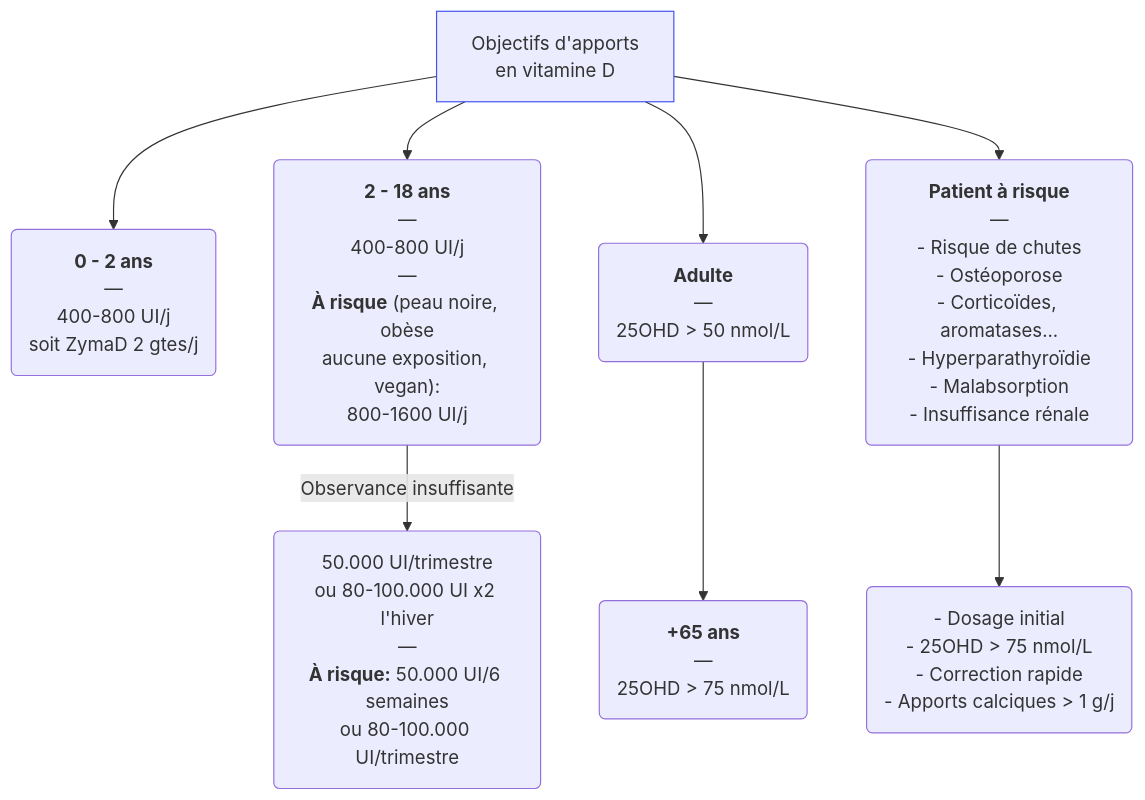
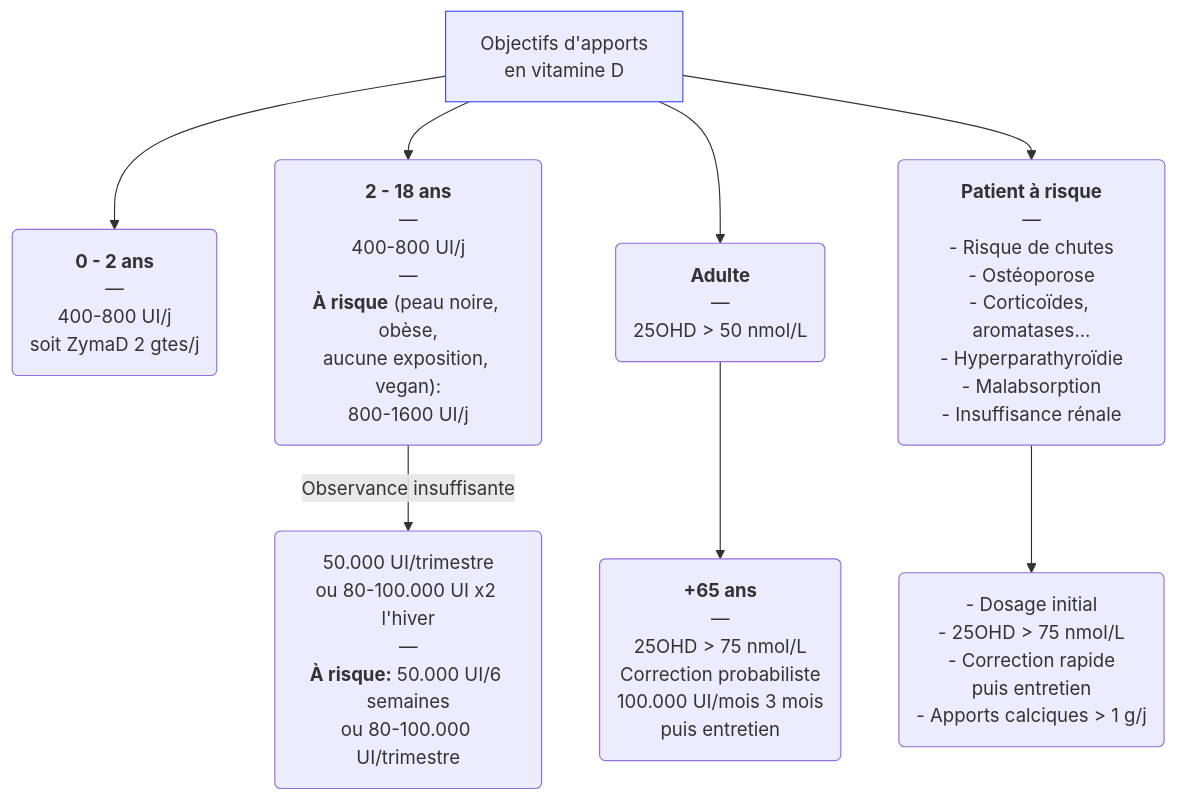
Before and after one commit to djibe/recommandations-medicales: the diagram in content/recommandations/vitamine-d.md, drawn with Mermaid. The commit also changed other lines of this file and 20 other files, not shown here.

```diff
--- a/content/recommandations/vitamine-d.md
+++ b/content/recommandations/vitamine-d.md
@@ -275,10 +273,10 @@
 {{< mermaid title="Cibles d'apports en vitamine D (schéma simplifié). Dr JB Fron d'après Bacchetta J 2022 et Annweiler C 2018" >}}
 graph TB
   apports[Objectifs d'apports<br>en vitamine D]
   style apports stroke:#4150f5, stroke-width:1px
     apports --> nourrisson("<b>0 - 2 ans</b><br>—<br>400-800 UI/j<br>soit ZymaD 2 gtes/j")
-    apports --> mineur("<b>2 - 18 ans</b><br>—<br>400-800 UI/j<br>—<br><b>À risque</b> (peau noire, obèse<br>aucune exposition, vegan):<br>800-1600 UI/j") -- Observance insuffisante --> alternative("50.000 UI/trimestre<br>ou 80-100.000 UI x2 l'hiver<br>—<br><b>À risque:</b> 50.000 UI/6 semaines<br>ou 80-100.000 UI/trimestre")
+    apports --> mineur("<b>2 - 18 ans</b><br>—<br>400-800 UI/j<br>—<br><b>À risque</b> (peau noire, obèse,<br>aucune exposition, vegan):<br>800-1600 UI/j") -- Observance insuffisante --> alternative("50.000 UI/trimestre<br>ou 80-100.000 UI x2 l'hiver<br>—<br><b>À risque:</b> 50.000 UI/6 semaines<br>ou 80-100.000 UI/trimestre")
     apports --> adulte("<b>Adulte</b><br>—<br>25OHD &gt; 50 nmol/L")
-      adulte --> 65("<b>+65 ans</b><br>—<br>25OHD &gt; 75 nmol/L")
-    apports --> risque("<b>Patient à risque</b><br>—<br>- Risque de chutes<br>- Ostéoporose<br>- Corticoïdes, aromatases...<br>- Hyperparathyroïdie<br>- Malabsorption<br>- Insuffisance rénale") --> intensif("- Dosage initial<br>- 25OHD &gt; 75 nmol/L<br>- Correction rapide<br>- Apports calciques &gt; 1 g/j")
+      adulte --> 65("<b>+65 ans</b><br>—<br>25OHD &gt; 75 nmol/L<br>Correction probabiliste<br>100.000 UI/mois 3 mois<br>puis entretien")
+    apports --> risque("<b>Patient à risque</b><br>—<br>- Risque de chutes<br>- Ostéoporose<br>- Corticoïdes, aromatases...<br>- Hyperparathyroïdie<br>- Malabsorption<br>- Insuffisance rénale") --> intensif("- Dosage initial<br>- 25OHD &gt; 75 nmol/L<br>- Correction rapide<br>puis entretien<br>- Apports calciques &gt; 1 g/j")
 {{< /mermaid >}}
```
